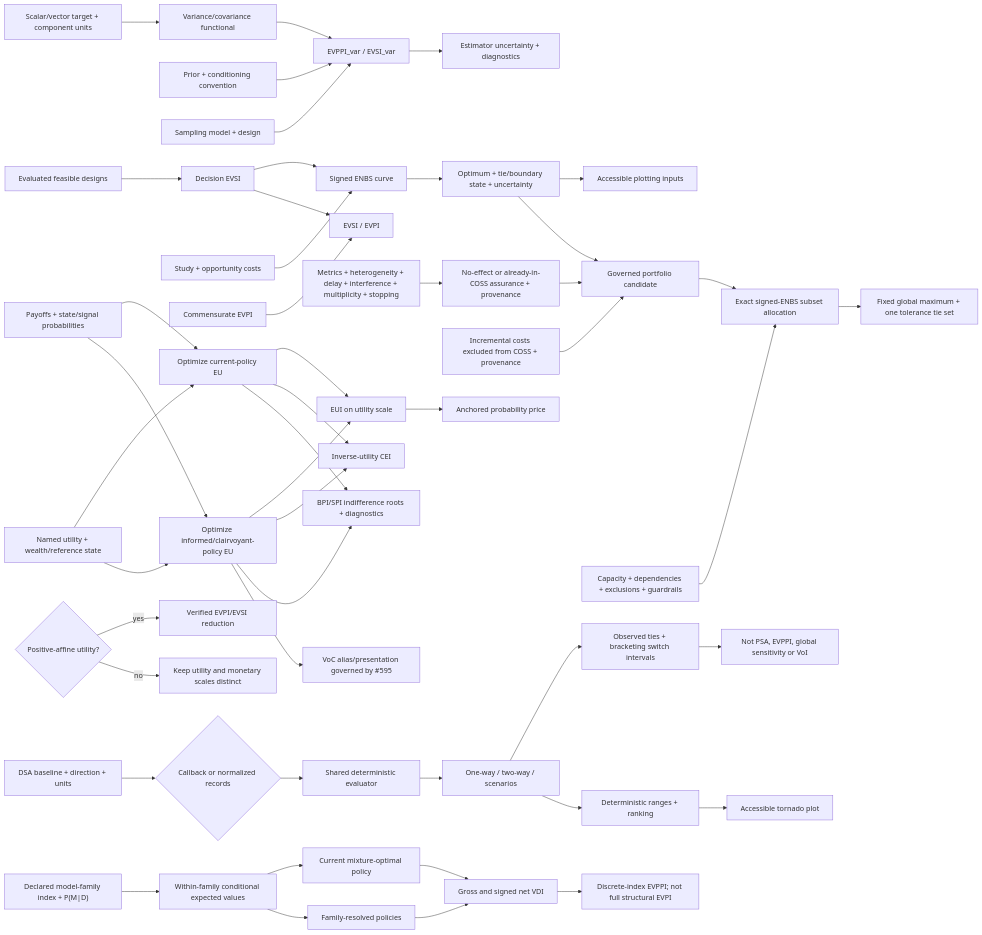
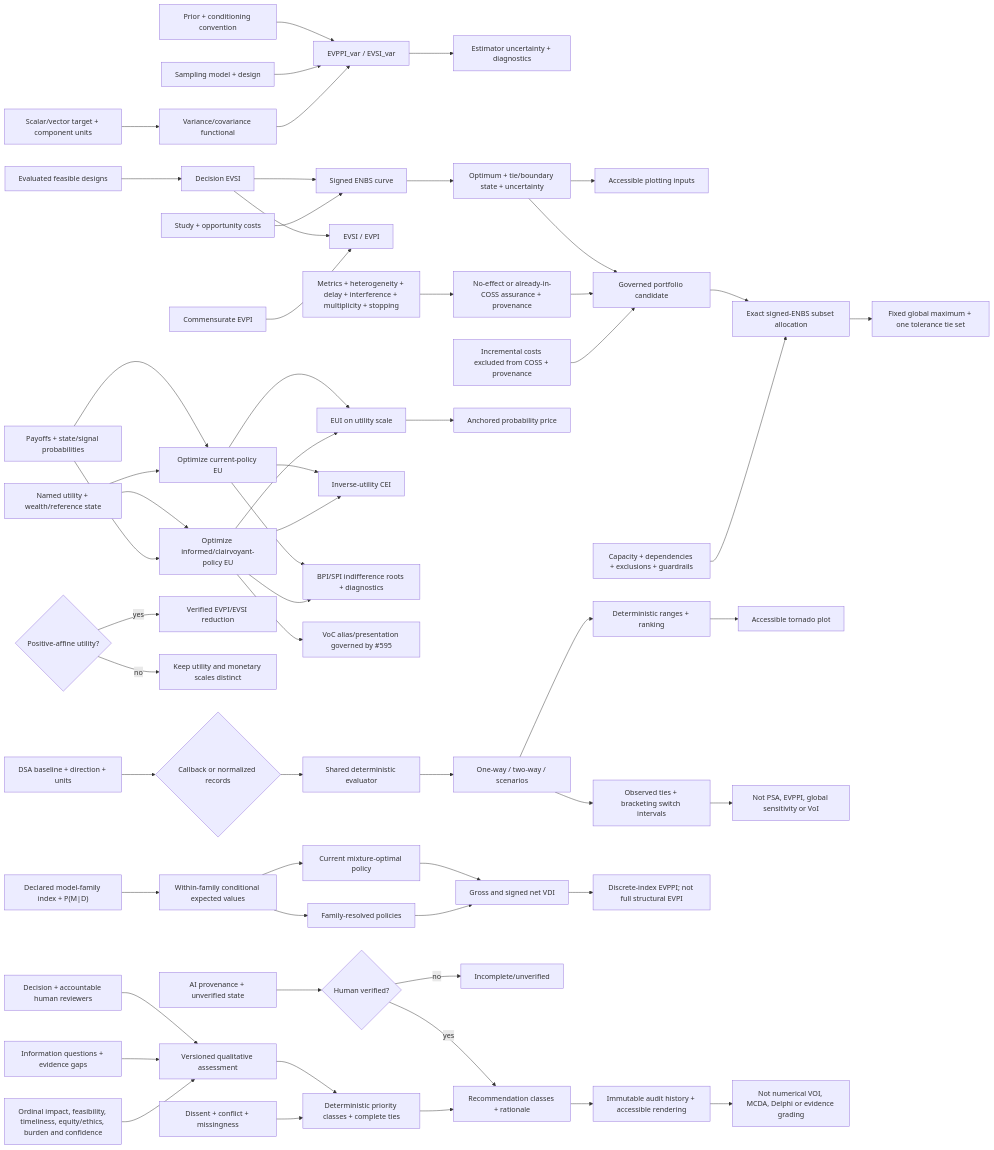
The third of 7 diagrams in conductor/design.md (edithatogo/voiage), drawn with Mermaid before and after one commit. The commit also changed 48 other files, not shown here.

First line of the commit message:
feat(frontier): govern qualitative information assessment (#743)

````diff
--- a/conductor/design.md
+++ b/conductor/design.md
@@ -44,53 +44,65 @@
 ```mermaid
 flowchart LR
     Target["Scalar/vector target + component units"] --> Functional["Variance/covariance functional"]
     Conditioning["Prior + conditioning convention"] --> Estimation["EVPPI_var / EVSI_var"]
     Sampling["Sampling model + design"] --> Estimation
     Functional --> Estimation
     Estimation --> Assurance["Estimator uncertainty + diagnostics"]
 
     Designs["Evaluated feasible designs"] --> EVSI["Decision EVSI"]
     EVSI --> ENBS["Signed ENBS curve"]
     Costs["Study + opportunity costs"] --> ENBS
     ENBS --> COSS["Optimum + tie/boundary state + uncertainty"]
     COSS --> Plot["Accessible plotting inputs"]
     EVSI --> Ratio["EVSI / EVPI"]
     EVPI["Commensurate EVPI"] --> Ratio
     COSS --> Candidate["Governed portfolio candidate"]
     PortfolioSemantics["Metrics + heterogeneity + delay + interference + multiplicity + stopping"] --> AssuranceDeclaration["No-effect or already-in-COSS assurance + provenance"]
     AssuranceDeclaration --> Candidate
     DisjointCosts["Incremental costs excluded from COSS + provenance"] --> Candidate
     Candidate --> Portfolio["Exact signed-ENBS subset allocation"]
     PortfolioConstraints["Capacity + dependencies + exclusions + guardrails"] --> Portfolio
     Portfolio --> GlobalTieSet["Fixed global maximum + one tolerance tie set"]
 
     Payoffs["Payoffs + state/signal probabilities"] --> CurrentEU["Optimize current-policy EU"]
     Utility["Named utility + wealth/reference state"] --> CurrentEU
     Utility --> InformedEU["Optimize informed/clairvoyant-policy EU"]
     Payoffs --> InformedEU
     CurrentEU --> EUI["EUI on utility scale"]
     InformedEU --> EUI
     CurrentEU --> CEI["Inverse-utility CEI"]
     InformedEU --> CEI
     CurrentEU --> Roots["BPI/SPI indifference roots + diagnostics"]
     InformedEU --> Roots
     EUI --> PPI["Anchored probability price"]
     InformedEU --> VoC["VoC alias/presentation governed by #595"]
     Affine{"Positive-affine utility?"} -->|yes| Monetary["Verified EVPI/EVSI reduction"]
     Affine -->|no| DistinctScale["Keep utility and monetary scales distinct"]
 
     DSABaseline["DSA baseline + direction + units"] --> DSAAdapter{"Callback or normalized records"}
     DSAAdapter --> DSAEvaluator["Shared deterministic evaluator"]
     DSAEvaluator --> DSASurfaces["One-way / two-way / scenarios"]
     DSASurfaces --> DSASwitches["Observed ties + bracketing switch intervals"]
     DSASurfaces --> DSARanking["Deterministic ranges + ranking"]
     DSARanking --> DSATornado["Accessible tornado plot"]
     DSASwitches --> DSABoundary["Not PSA, EVPPI, global sensitivity or VoI"]
 
     ModelFamilies["Declared model-family index + P(M|D)"] --> FamilyValues["Within-family conditional expected values"]
     FamilyValues --> CurrentFamilyPolicy["Current mixture-optimal policy"]
     FamilyValues --> ResolvedFamilyPolicies["Family-resolved policies"]
     CurrentFamilyPolicy --> FamilyVDI["Gross and signed net VDI"]
     ResolvedFamilyPolicies --> FamilyVDI
     FamilyVDI --> FamilyBoundary["Discrete-index EVPPI; not full structural EVPI"]
+
+    QualDecision["Decision + accountable human reviewers"] --> QualAssessment["Versioned qualitative assessment"]
+    QualGaps["Information questions + evidence gaps"] --> QualAssessment
+    QualJudgements["Ordinal impact, feasibility, timeliness, equity/ethics, burden and confidence"] --> QualAssessment
+    QualAssessment --> QualPriority["Deterministic priority classes + complete ties"]
+    QualDissent["Dissent + conflict + missingness"] --> QualPriority
+    QualAI["AI provenance + unverified state"] --> QualHuman{"Human verified?"}
+    QualHuman -->|no| QualIncomplete["Incomplete/unverified"]
+    QualHuman -->|yes| QualResult["Recommendation classes + rationale"]
+    QualPriority --> QualResult
+    QualResult --> QualAudit["Immutable audit history + accessible rendering"]
+    QualAudit --> QualBoundary["Not numerical VOI, MCDA, Delphi or evidence grading"]
 ```
````
